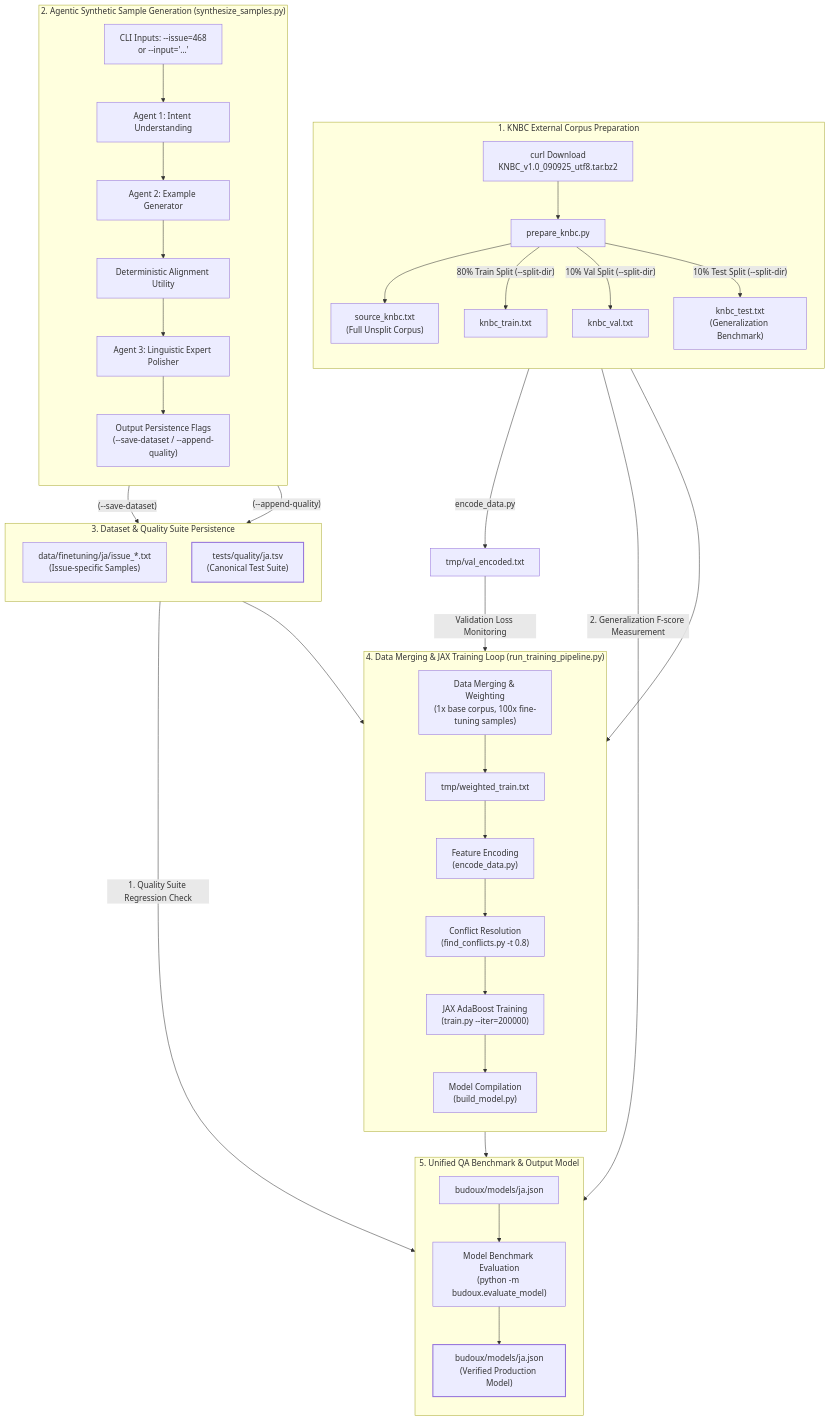
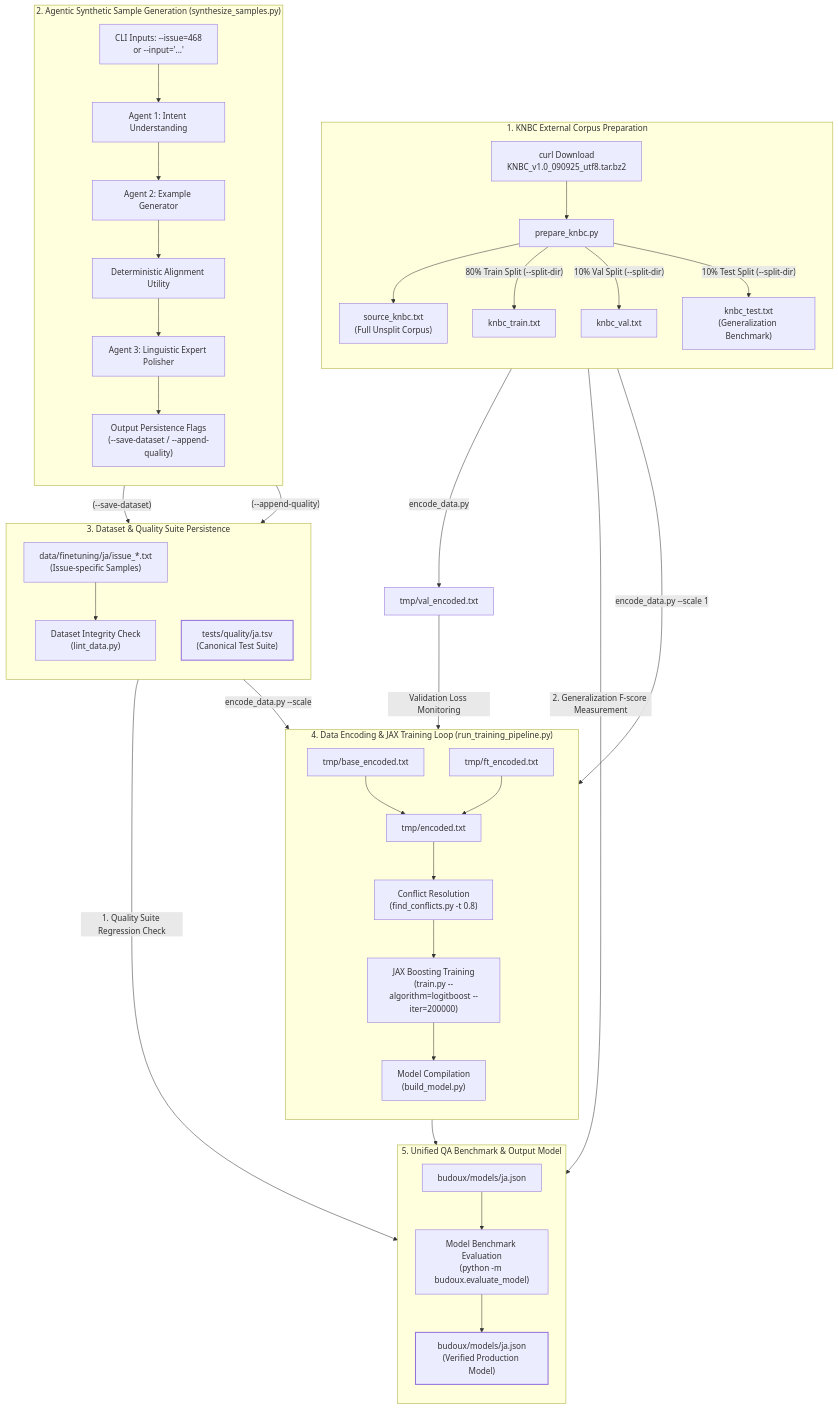
Before and after one commit to google/budoux: the diagram in scripts/README.md, drawn with Mermaid. The commit also changed other lines of this file, not shown here.

Commit message:
docs(scripts): update training pipeline documentation for LogitBoost and auto-balancing (#1422)

````diff
--- a/scripts/README.md
+++ b/scripts/README.md
@@ -7,64 +7,65 @@
 ```mermaid
 flowchart TB
     %% Phase 1: External KNBC Corpus Preparation
     subgraph P1 ["1. KNBC External Corpus Preparation"]
         direction TB
         KNBC_RAW["curl Download<br>KNBC_v1.0_090925_utf8.tar.bz2"] --> KNBC_PREP["prepare_knbc.py"]
         KNBC_PREP --> KNBC_SRC["source_knbc.txt<br>(Full Unsplit Corpus)"]
         
         KNBC_PREP -->|"80% Train Split (--split-dir)"| KNBC_TRAIN["knbc_train.txt"]
         KNBC_PREP -->|"10% Val Split (--split-dir)"| KNBC_VAL["knbc_val.txt"]
         KNBC_PREP -->|"10% Test Split (--split-dir)"| KNBC_TEST["knbc_test.txt<br>(Generalization Benchmark)"]
     end
 
     %% Phase 2: Agentic Synthetic Sample Generation
     subgraph P2 ["2. Agentic Synthetic Sample Generation (synthesize_samples.py)"]
         direction TB
         CLI_IN["CLI Inputs: --issue=468<br>or --input='...'"] --> AGENT1["Agent 1: Intent Understanding"]
         AGENT1 --> AGENT2["Agent 2: Example Generator"]
         AGENT2 --> OVERLAY["Deterministic Alignment Utility"]
         OVERLAY --> AGENT3["Agent 3: Linguistic Expert Polisher"]
         AGENT3 --> OUTPUT_FLAGS["Output Persistence Flags<br>(--save-dataset / --append-quality)"]
     end
 
     %% Phase 3: Dataset & Test Suite Persistence
     subgraph P3 ["3. Dataset & Quality Suite Persistence"]
         direction TB
         OUTPUT_FLAGS -->|"(--save-dataset)"| SYNTH_STORE["data/finetuning/ja/issue_*.txt<br>(Issue-specific Samples)"]
         OUTPUT_FLAGS -->|"(--append-quality)"| REG_TSV["tests/quality/ja.tsv<br>(Canonical Test Suite)"]
+        SYNTH_STORE --> LINT_PY["Dataset Integrity Check<br>(lint_data.py)"]
     end
 
     %% Phase 4: Data Merging & Training Loop
-    subgraph P4 ["4. Data Merging & JAX Training Loop (run_training_pipeline.py)"]
+    subgraph P4 ["4. Data Encoding & JAX Training Loop (run_training_pipeline.py)"]
         direction TB
-        KNBC_TRAIN --> MERGE_DATA["Data Merging & Weighting<br>(1x base corpus, 100x fine-tuning samples)"]
-        SYNTH_STORE --> MERGE_DATA
+        KNBC_TRAIN -->|"encode_data.py --scale 1"| BASE_ENC["tmp/base_encoded.txt"]
+        LINT_PY -->|"encode_data.py --scale <scale>"| FT_ENC["tmp/ft_encoded.txt"]
         
-        MERGE_DATA --> COMBINED_TXT["tmp/weighted_train.txt"]
-        COMBINED_TXT --> ENCODE_PY["Feature Encoding<br>(encode_data.py)"]
-        ENCODE_PY --> CONFLICT_PY["Conflict Resolution<br>(find_conflicts.py -t 0.8)"]
-        CONFLICT_PY --> TRAIN_PY["JAX AdaBoost Training<br>(train.py --iter=200000)"]
+        BASE_ENC --> ENCODED_TXT["tmp/encoded.txt"]
+        FT_ENC --> ENCODED_TXT
+        ENCODED_TXT --> CONFLICT_PY["Conflict Resolution<br>(find_conflicts.py -t 0.8)"]
+        CONFLICT_PY --> TRAIN_PY["JAX Boosting Training<br>(train.py --algorithm=logitboost --iter=200000)"]
         
         TRAIN_PY --> BUILD_PY["Model Compilation<br>(build_model.py)"]
     end
 
     %% Phase 5: Unified QA & Output Artifacts
     subgraph P5 ["5. Unified QA Benchmark & Output Model"]
         direction TB
         BUILD_PY --> TEMP_MODEL["budoux/models/ja.json"]
         TEMP_MODEL --> EVAL_PY["Model Benchmark Evaluation<br>(python -m budoux.evaluate_model)"]
         
         REG_TSV -->|"1. Quality Suite Regression Check"| EVAL_PY
         KNBC_TEST -->|"2. Generalization F-score Measurement"| EVAL_PY
         
         EVAL_PY --> FINAL_JSON["budoux/models/ja.json<br>(Verified Production Model)"]
     end
 
     %% Direct Connections (Validation Feature Encoding)
     KNBC_VAL -->|"encode_data.py"| VAL_ENCODED["tmp/val_encoded.txt"]
     VAL_ENCODED -->|"Validation Loss Monitoring"| TRAIN_PY
 
     %% Border Styles
     style REG_TSV stroke-width:2px
     style FINAL_JSON stroke-width:2px
 ```
````
